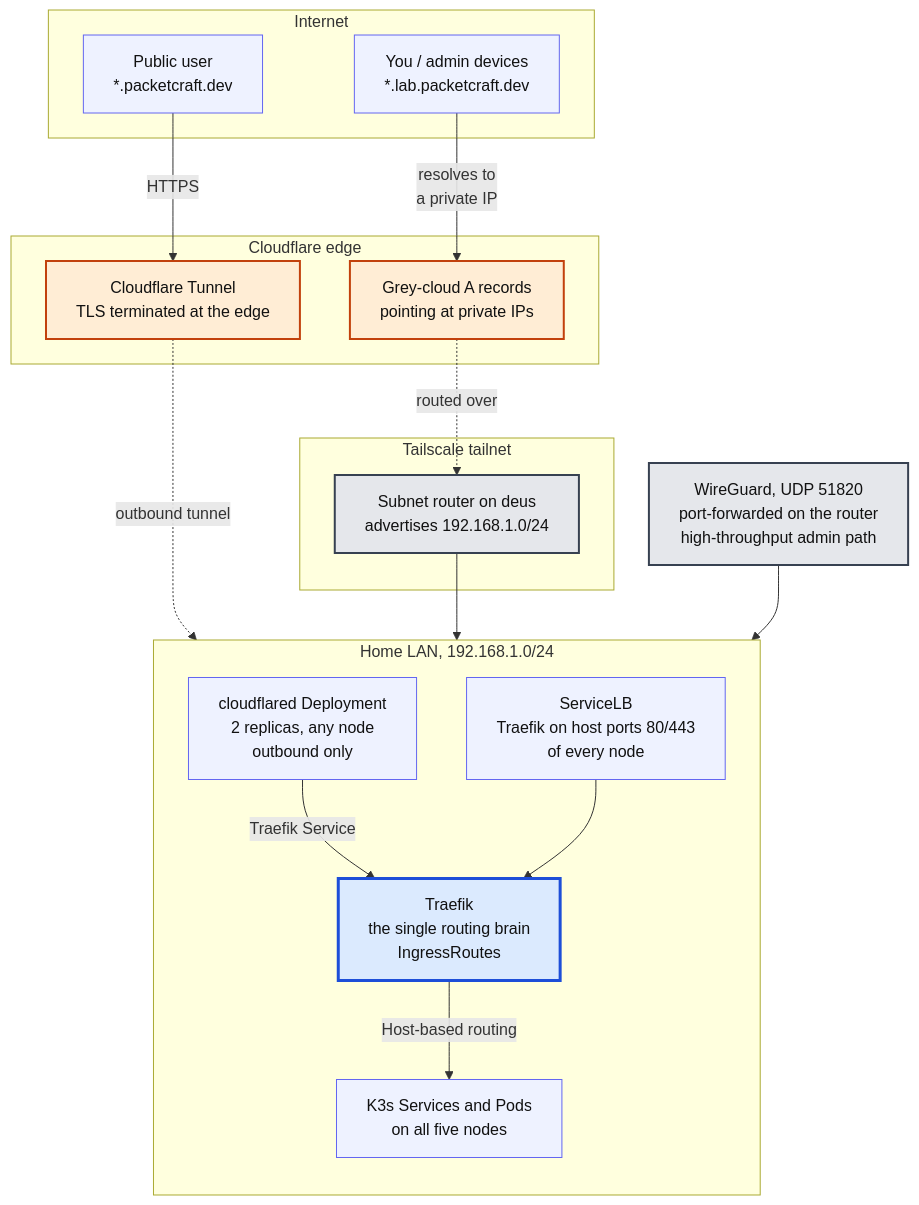
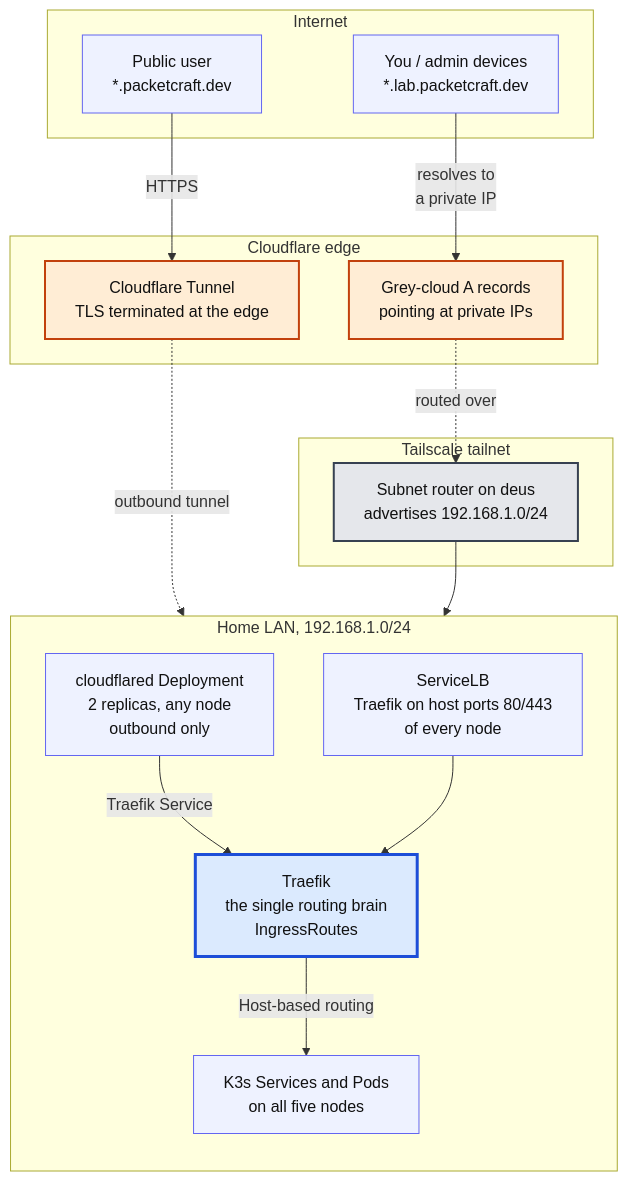
The first of 5 diagrams in docs/system-architecture/home-cluster.md (home-compute-cluster/docs), drawn with Mermaid before and after one commit. The commit also changed other lines of this file and 5 other files, not shown here.

````diff
--- a/docs/system-architecture/home-cluster.md
+++ b/docs/system-architecture/home-cluster.md
@@ -64,49 +64,46 @@
 ```mermaid
 flowchart TB
     subgraph internet["Internet"]
         user_pub["Public user<br/>*.packetcraft.dev"]
         user_priv["You / admin devices<br/>*.lab.packetcraft.dev"]
     end
 
     subgraph cf["Cloudflare edge"]
         cf_tunnel["Cloudflare Tunnel<br/>TLS terminated at the edge"]
         cf_dns_grey["Grey-cloud A records<br/>pointing at private IPs"]
     end
 
     subgraph tailnet["Tailscale tailnet"]
         ts_router["Subnet router on deus<br/>advertises 192.168.1.0/24"]
     end
-
-    wg["WireGuard, UDP 51820<br/>port-forwarded on the router<br/>high-throughput admin path"]
 
     subgraph lan["Home LAN, 192.168.1.0/24"]
         direction TB
 
         cloudflared["cloudflared Deployment<br/>2 replicas, any node<br/>outbound only"]
         svclb["ServiceLB<br/>Traefik on host ports 80/443<br/>of every node"]
         traefik["Traefik<br/>the single routing brain<br/>IngressRoutes"]
         svc_pool["K3s Services and Pods<br/>on all five nodes"]
     end
 
     user_pub -->|"HTTPS"| cf_tunnel
     cf_tunnel -.->|"outbound tunnel"| cloudflared
     cloudflared -->|"Traefik Service"| traefik
 
     user_priv -->|"resolves to<br/>a private IP"| cf_dns_grey
     cf_dns_grey -.->|"routed over"| ts_router
     ts_router --> svclb
-    wg --> svclb
     svclb --> traefik
 
     traefik -->|"Host-based routing"| svc_pool
 
     classDef edge fill:#ffedd5,stroke:#c2410c,stroke-width:2px,color:#111
     classDef ts fill:#e5e7eb,stroke:#374151,stroke-width:2px,color:#111
     classDef brain fill:#dbeafe,stroke:#1d4ed8,stroke-width:3px,color:#111
     classDef node fill:#eef2ff,stroke:#6366f1,color:#111
 
     class cf_tunnel,cf_dns_grey edge
-    class ts_router,wg ts
+    class ts_router ts
     class traefik brain
     class cloudflared,svclb,svc_pool,user_pub,user_priv node
 ```
````
